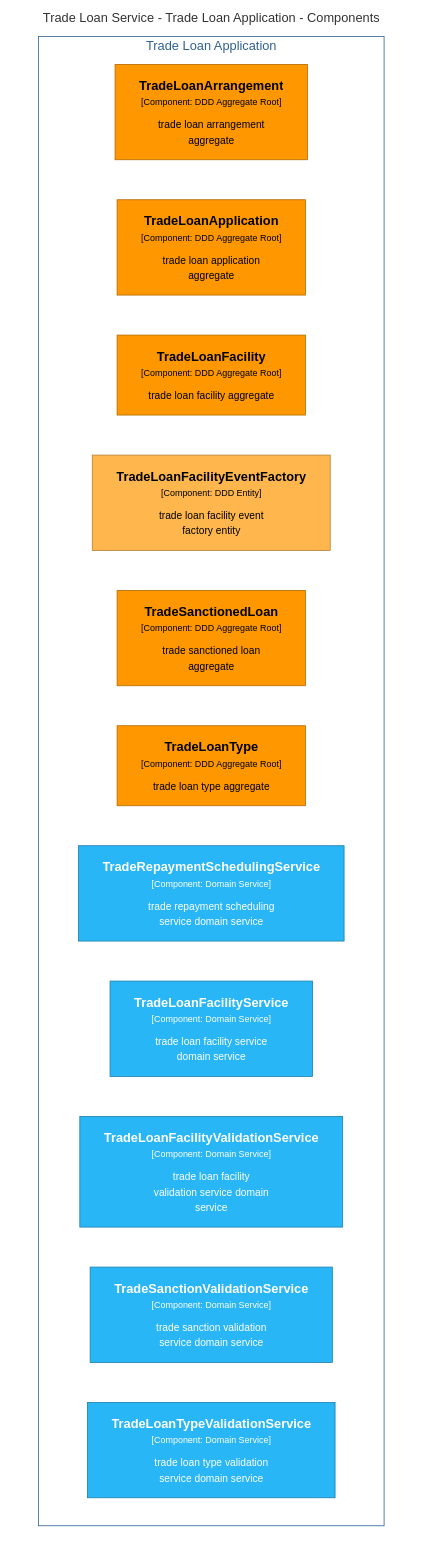
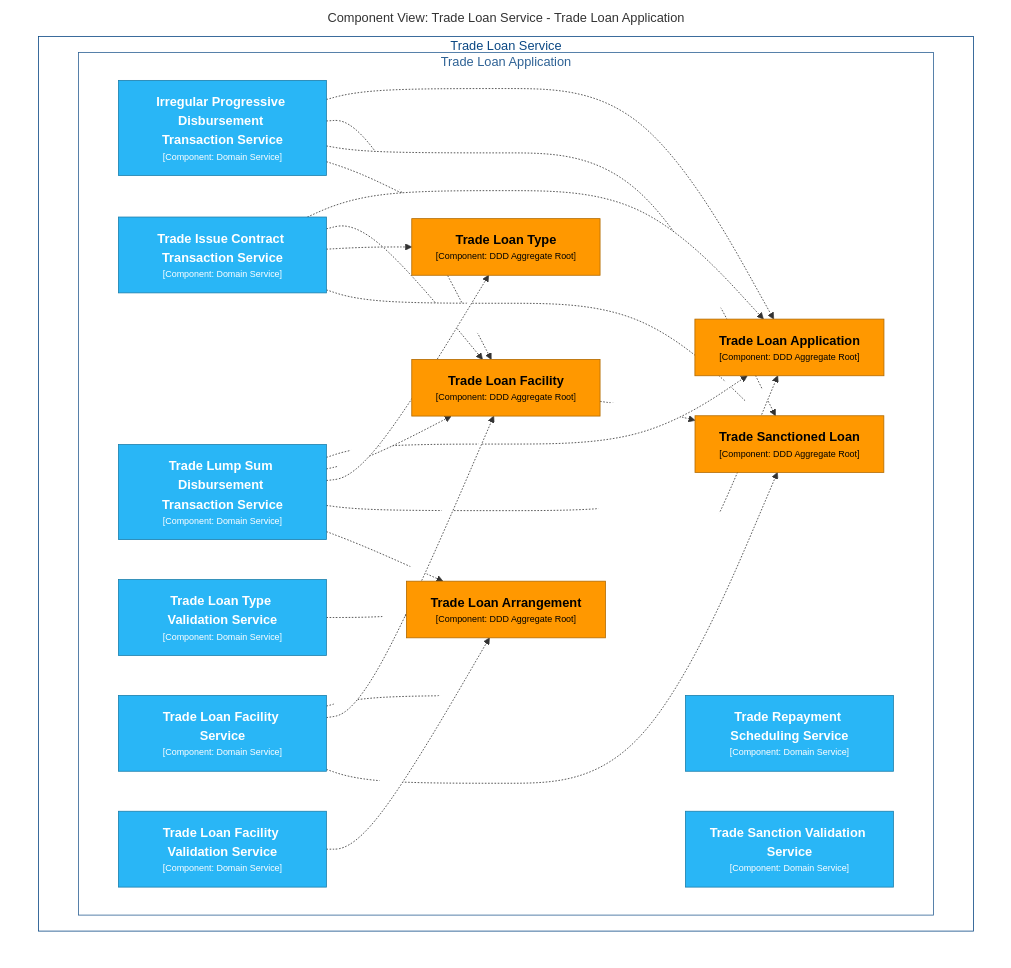
The diagram in documents/c4/mermaid/DomainModel.mmd (ghazalehjozani/nova), drawn with Mermaid before and after one commit. The commit also changed 72 other files, not shown here.

```diff
--- a/documents/c4/mermaid/DomainModel.mmd
+++ b/documents/c4/mermaid/DomainModel.mmd
@@ -1,34 +1,64 @@
 graph TB
   linkStyle default fill:#ffffff
 
-  subgraph diagram ["Trade Loan Service - Trade Loan Application - Components"]
+  subgraph diagram ["Component View: Trade Loan Service - Trade Loan Application"]
     style diagram fill:#ffffff,stroke:#ffffff
 
-    subgraph 11 ["Trade Loan Application"]
-      style 11 fill:#ffffff,stroke:#2e6295,color:#2e6295
+    subgraph 6 ["Trade Loan Service"]
+      style 6 fill:#ffffff,stroke:#0b4884,color:#0b4884
 
-      110["<div style='font-weight: bold'>TradeLoanArrangement</div><div style='font-size: 70%; margin-top: 0px'>[Component: DDD Aggregate Root]</div><div style='font-size: 80%; margin-top:10px'>trade loan arrangement<br />aggregate</div>"]
-      style 110 fill:#ff9800,stroke:#b26a00,color:#000000
-      111["<div style='font-weight: bold'>TradeLoanApplication</div><div style='font-size: 70%; margin-top: 0px'>[Component: DDD Aggregate Root]</div><div style='font-size: 80%; margin-top:10px'>trade loan application<br />aggregate</div>"]
-      style 111 fill:#ff9800,stroke:#b26a00,color:#000000
-      112["<div style='font-weight: bold'>TradeLoanFacility</div><div style='font-size: 70%; margin-top: 0px'>[Component: DDD Aggregate Root]</div><div style='font-size: 80%; margin-top:10px'>trade loan facility aggregate</div>"]
-      style 112 fill:#ff9800,stroke:#b26a00,color:#000000
-      113["<div style='font-weight: bold'>TradeLoanFacilityEventFactory</div><div style='font-size: 70%; margin-top: 0px'>[Component: DDD Entity]</div><div style='font-size: 80%; margin-top:10px'>trade loan facility event<br />factory entity</div>"]
-      style 113 fill:#ffb74d,stroke:#b28035,color:#000000
-      114["<div style='font-weight: bold'>TradeSanctionedLoan</div><div style='font-size: 70%; margin-top: 0px'>[Component: DDD Aggregate Root]</div><div style='font-size: 80%; margin-top:10px'>trade sanctioned loan<br />aggregate</div>"]
-      style 114 fill:#ff9800,stroke:#b26a00,color:#000000
-      115["<div style='font-weight: bold'>TradeLoanType</div><div style='font-size: 70%; margin-top: 0px'>[Component: DDD Aggregate Root]</div><div style='font-size: 80%; margin-top:10px'>trade loan type aggregate</div>"]
-      style 115 fill:#ff9800,stroke:#b26a00,color:#000000
-      116["<div style='font-weight: bold'>TradeRepaymentSchedulingService</div><div style='font-size: 70%; margin-top: 0px'>[Component: Domain Service]</div><div style='font-size: 80%; margin-top:10px'>trade repayment scheduling<br />service domain service</div>"]
-      style 116 fill:#29b6f6,stroke:#1c7fac,color:#ffffff
-      117["<div style='font-weight: bold'>TradeLoanFacilityService</div><div style='font-size: 70%; margin-top: 0px'>[Component: Domain Service]</div><div style='font-size: 80%; margin-top:10px'>trade loan facility service<br />domain service</div>"]
-      style 117 fill:#29b6f6,stroke:#1c7fac,color:#ffffff
-      118["<div style='font-weight: bold'>TradeLoanFacilityValidationService</div><div style='font-size: 70%; margin-top: 0px'>[Component: Domain Service]</div><div style='font-size: 80%; margin-top:10px'>trade loan facility<br />validation service domain<br />service</div>"]
-      style 118 fill:#29b6f6,stroke:#1c7fac,color:#ffffff
-      119["<div style='font-weight: bold'>TradeSanctionValidationService</div><div style='font-size: 70%; margin-top: 0px'>[Component: Domain Service]</div><div style='font-size: 80%; margin-top:10px'>trade sanction validation<br />service domain service</div>"]
-      style 119 fill:#29b6f6,stroke:#1c7fac,color:#ffffff
-      120["<div style='font-weight: bold'>TradeLoanTypeValidationService</div><div style='font-size: 70%; margin-top: 0px'>[Component: Domain Service]</div><div style='font-size: 80%; margin-top:10px'>trade loan type validation<br />service domain service</div>"]
-      style 120 fill:#29b6f6,stroke:#1c7fac,color:#ffffff
+      subgraph 7 ["Trade Loan Application"]
+        style 7 fill:#ffffff,stroke:#2e6295,color:#2e6295
+
+        124["<div style='font-weight: bold'>Trade Loan Arrangement</div><div style='font-size: 70%; margin-top: 0px'>[Component: DDD Aggregate Root]</div>"]
+        style 124 fill:#ff9800,stroke:#b26a00,color:#000000
+        125["<div style='font-weight: bold'>Trade Loan Type</div><div style='font-size: 70%; margin-top: 0px'>[Component: DDD Aggregate Root]</div>"]
+        style 125 fill:#ff9800,stroke:#b26a00,color:#000000
+        126["<div style='font-weight: bold'>Trade Loan Application</div><div style='font-size: 70%; margin-top: 0px'>[Component: DDD Aggregate Root]</div>"]
+        style 126 fill:#ff9800,stroke:#b26a00,color:#000000
+        127["<div style='font-weight: bold'>Trade Sanctioned Loan</div><div style='font-size: 70%; margin-top: 0px'>[Component: DDD Aggregate Root]</div>"]
+        style 127 fill:#ff9800,stroke:#b26a00,color:#000000
+        128["<div style='font-weight: bold'>Trade Loan Facility</div><div style='font-size: 70%; margin-top: 0px'>[Component: DDD Aggregate Root]</div>"]
+        style 128 fill:#ff9800,stroke:#b26a00,color:#000000
+        129["<div style='font-weight: bold'>Irregular Progressive Disbursement Transaction Service</div><div style='font-size: 70%; margin-top: 0px'>[Component: Domain Service]</div>"]
+        style 129 fill:#29b6f6,stroke:#1c7fac,color:#ffffff
+        130["<div style='font-weight: bold'>Trade Issue Contract Transaction Service</div><div style='font-size: 70%; margin-top: 0px'>[Component: Domain Service]</div>"]
+        style 130 fill:#29b6f6,stroke:#1c7fac,color:#ffffff
+        131["<div style='font-weight: bold'>Trade Lump Sum Disbursement Transaction Service</div><div style='font-size: 70%; margin-top: 0px'>[Component: Domain Service]</div>"]
+        style 131 fill:#29b6f6,stroke:#1c7fac,color:#ffffff
+        132["<div style='font-weight: bold'>Trade Repayment Scheduling Service</div><div style='font-size: 70%; margin-top: 0px'>[Component: Domain Service]</div>"]
+        style 132 fill:#29b6f6,stroke:#1c7fac,color:#ffffff
+        133["<div style='font-weight: bold'>Trade Loan Type Validation Service</div><div style='font-size: 70%; margin-top: 0px'>[Component: Domain Service]</div>"]
+        style 133 fill:#29b6f6,stroke:#1c7fac,color:#ffffff
+        134["<div style='font-weight: bold'>Trade Loan Facility Service</div><div style='font-size: 70%; margin-top: 0px'>[Component: Domain Service]</div>"]
+        style 134 fill:#29b6f6,stroke:#1c7fac,color:#ffffff
+        135["<div style='font-weight: bold'>Trade Sanction Validation Service</div><div style='font-size: 70%; margin-top: 0px'>[Component: Domain Service]</div>"]
+        style 135 fill:#29b6f6,stroke:#1c7fac,color:#ffffff
+        136["<div style='font-weight: bold'>Trade Loan Facility Validation Service</div><div style='font-size: 70%; margin-top: 0px'>[Component: Domain Service]</div>"]
+        style 136 fill:#29b6f6,stroke:#1c7fac,color:#ffffff
+      end
+
     end
 
+    128-. "<div></div><div style='font-size: 70%'></div>" .->126
+    128-. "<div></div><div style='font-size: 70%'></div>" .->127
+    129-. "<div></div><div style='font-size: 70%'></div>" .->126
+    129-. "<div></div><div style='font-size: 70%'></div>" .->128
+    129-. "<div></div><div style='font-size: 70%'></div>" .->127
+    129-. "<div></div><div style='font-size: 70%'></div>" .->125
+    130-. "<div></div><div style='font-size: 70%'></div>" .->126
+    130-. "<div></div><div style='font-size: 70%'></div>" .->128
+    130-. "<div></div><div style='font-size: 70%'></div>" .->125
+    130-. "<div></div><div style='font-size: 70%'></div>" .->127
+    131-. "<div></div><div style='font-size: 70%'></div>" .->126
+    131-. "<div></div><div style='font-size: 70%'></div>" .->128
+    131-. "<div></div><div style='font-size: 70%'></div>" .->125
+    131-. "<div></div><div style='font-size: 70%'></div>" .->127
+    131-. "<div></div><div style='font-size: 70%'></div>" .->124
+    133-. "<div></div><div style='font-size: 70%'></div>" .->124
+    134-. "<div></div><div style='font-size: 70%'></div>" .->126
+    134-. "<div></div><div style='font-size: 70%'></div>" .->128
+    134-. "<div></div><div style='font-size: 70%'></div>" .->127
+    136-. "<div></div><div style='font-size: 70%'></div>" .->124
+
   end
```
